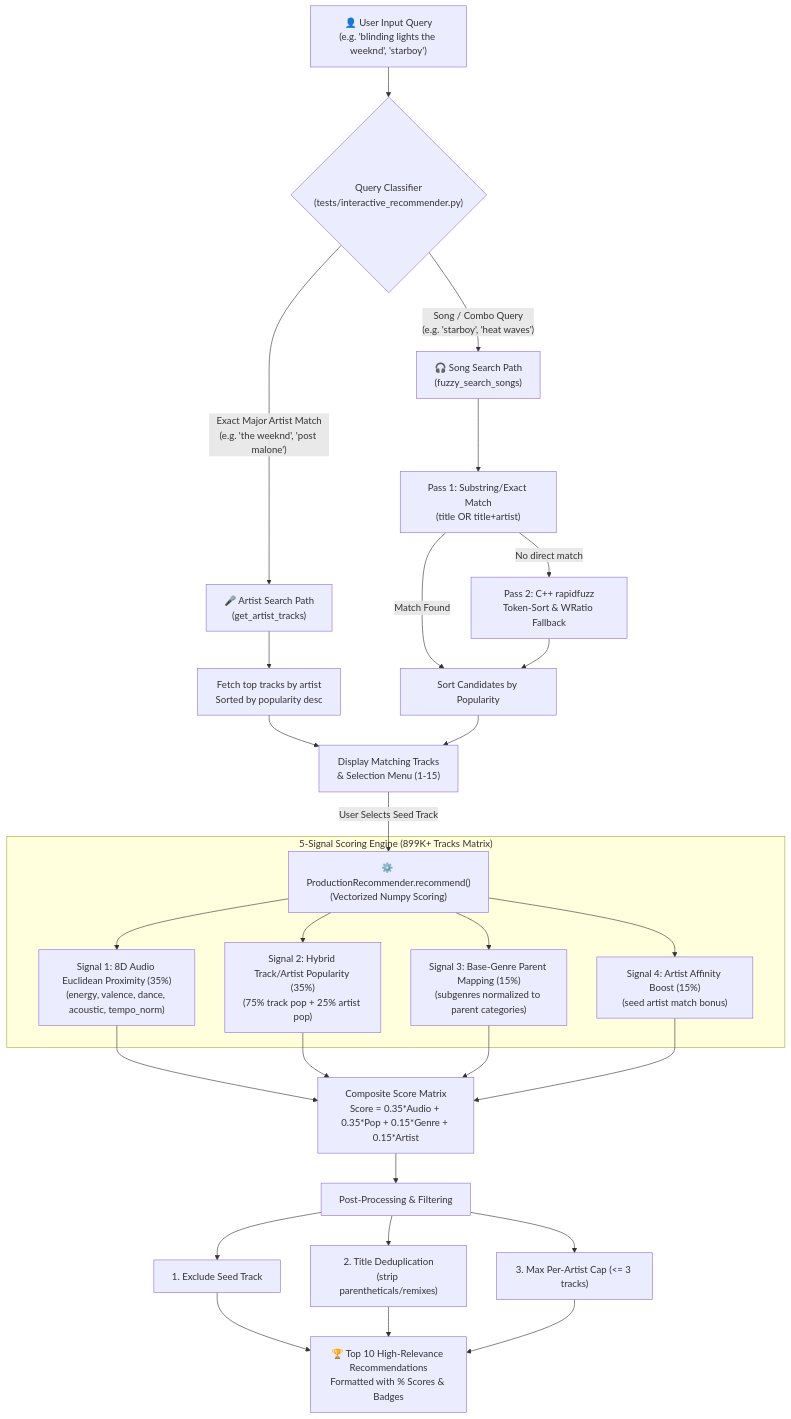
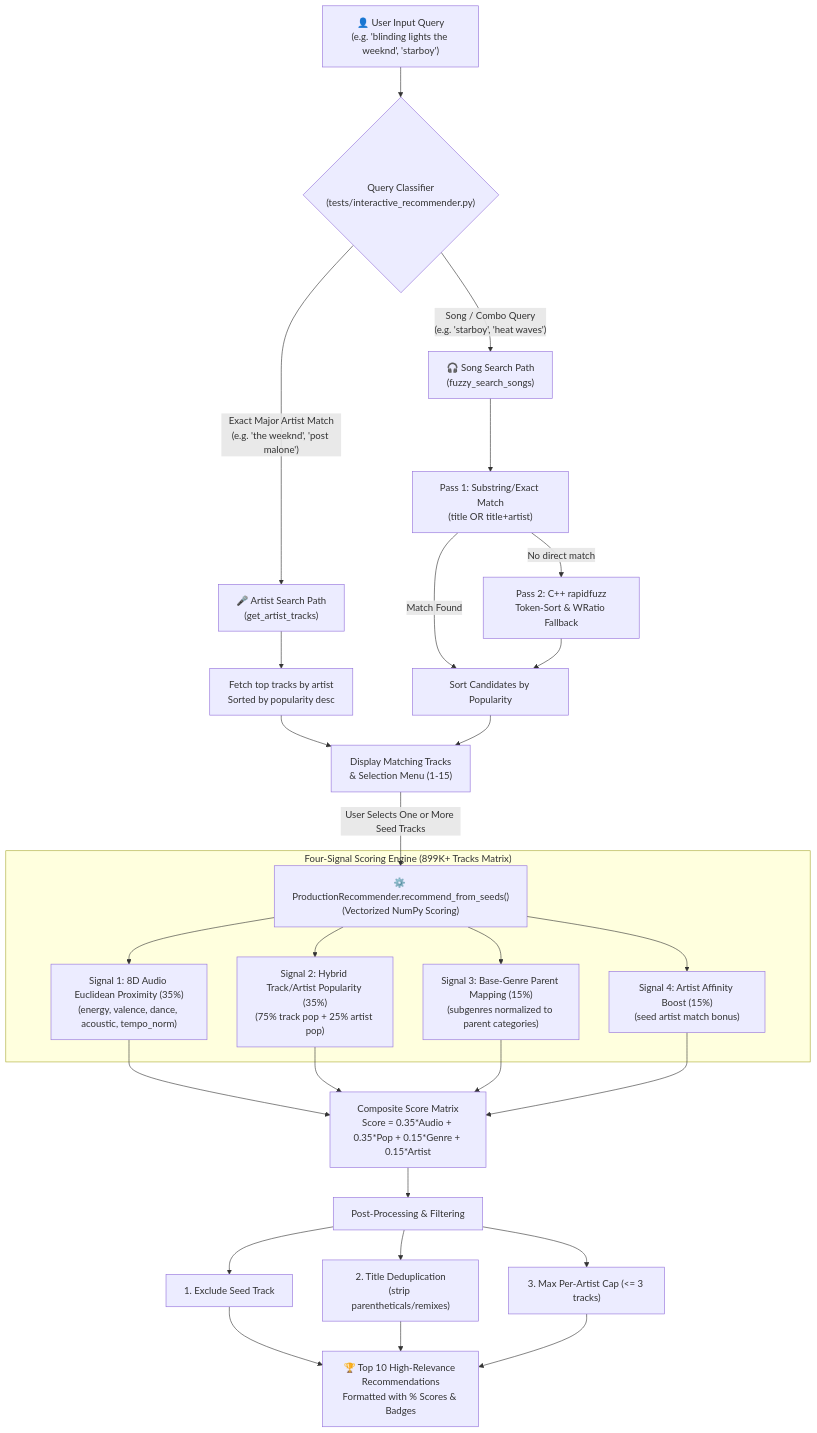
One commit to Geek-yash666/ai110-module3show-musicrecommendersimulation-starter changed the diagram in README.md. Above: the diagram before and after it, drawn with Mermaid. The commit also changed other lines of this file and 5 other files, not shown here.

````diff
--- a/README.md
+++ b/README.md
@@ -77,33 +78,33 @@
 ```mermaid
 flowchart TD
     A["👤 User Input Query<br>(e.g. 'blinding lights the weeknd', 'starboy')"] --> B{"Query Classifier<br>(tests/interactive_recommender.py)"}
   
     B -->|"Exact Major Artist Match<br>(e.g. 'the weeknd', 'post malone')"| C["🎤 Artist Search Path<br>(get_artist_tracks)"]
     B -->|"Song / Combo Query<br>(e.g. 'starboy', 'heat waves')"| D["🎧 Song Search Path<br>(fuzzy_search_songs)"]
   
     C --> C1["Fetch top tracks by artist<br>Sorted by popularity desc"] --> E["Display Matching Tracks<br>& Selection Menu (1-15)"]
   
     D --> D1["Pass 1: Substring/Exact Match<br>(title OR title+artist)"]
     D1 -->|"No direct match"| D2["Pass 2: C++ rapidfuzz<br>Token-Sort & WRatio Fallback"]
     D1 -->|"Match Found"| D3["Sort Candidates by Popularity"]
     D2 --> D3
     D3 --> E
   
-    E -->|"User Selects Seed Track"| F["⚙️ ProductionRecommender.recommend()<br>(Vectorized Numpy Scoring)"]
+    E -->|"User Selects One or More Seed Tracks"| F["⚙️ ProductionRecommender.recommend_from_seeds()<br>(Vectorized NumPy Scoring)"]
   
-    subgraph "5-Signal Scoring Engine (899K+ Tracks Matrix)"
+    subgraph "Four-Signal Scoring Engine (899K+ Tracks Matrix)"
         F --> S1["Signal 1: 8D Audio Euclidean Proximity (35%)<br>(energy, valence, dance, acoustic, tempo_norm)"]
         F --> S2["Signal 2: Hybrid Track/Artist Popularity (35%)<br>(75% track pop + 25% artist pop)"]
         F --> S3["Signal 3: Base-Genre Parent Mapping (15%)<br>(subgenres normalized to parent categories)"]
         F --> S4["Signal 4: Artist Affinity Boost (15%)<br>(seed artist match bonus)"]
     end
   
     S1 & S2 & S3 & S4 --> G["Composite Score Matrix<br>Score = 0.35*Audio + 0.35*Pop + 0.15*Genre + 0.15*Artist"]
   
     G --> H["Post-Processing & Filtering"]
     H --> H1["1. Exclude Seed Track"]
     H --> H2["2. Title Deduplication<br>(strip parentheticals/remixes)"]
     H --> H3["3. Max Per-Artist Cap (<= 3 tracks)"]
   
     H1 & H2 & H3 --> I["🏆 Top 10 High-Relevance Recommendations<br>Formatted with % Scores & Badges"]
 ```
````
